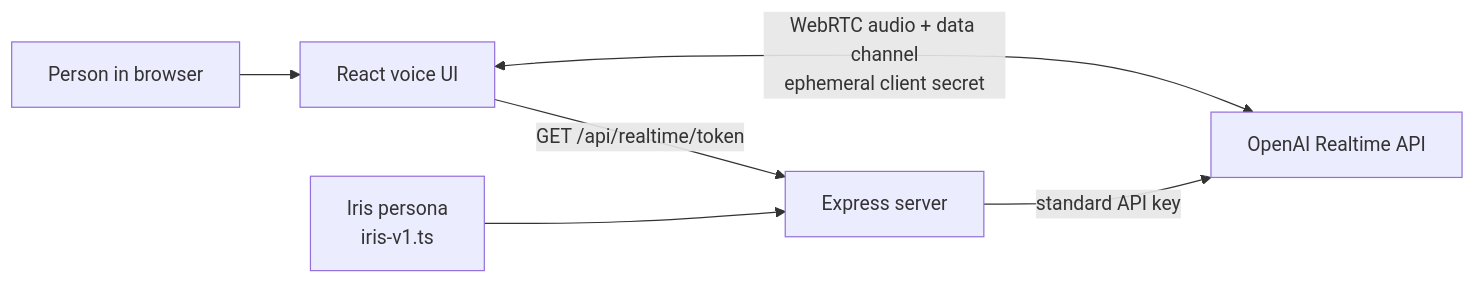
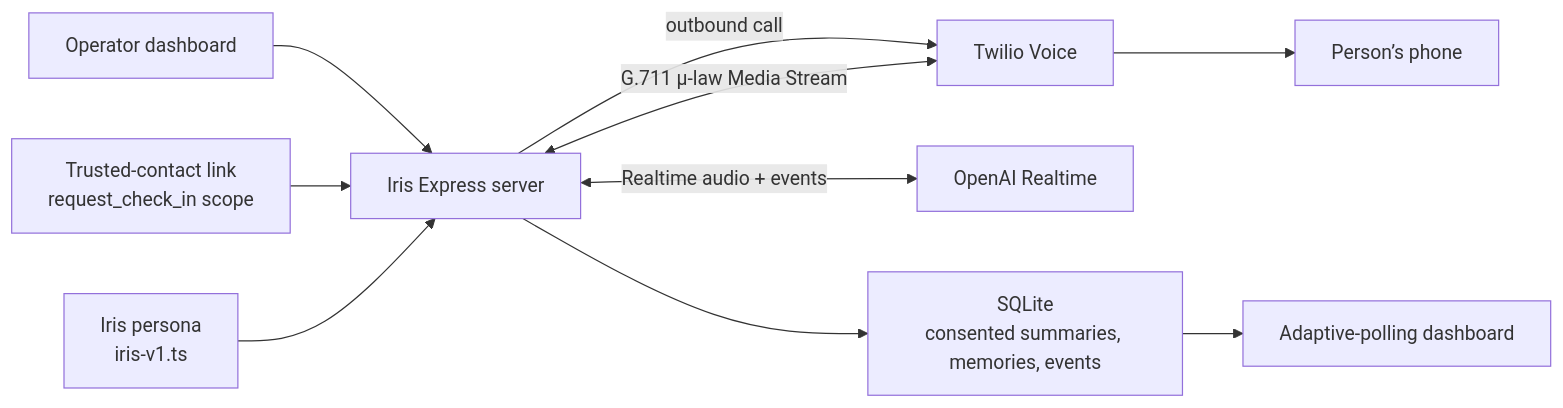
The diagram in docs/architecture.md (jaggedbytes/iris), drawn with Mermaid before and after one commit. The commit also changed other lines of this file and 12 other files, not shown here.

Commit message:
feat(dashboard): safe Bridge timeline, SMS recovery UI, and phone-first docs

````diff
--- a/docs/architecture.md
+++ b/docs/architecture.md
@@ -7,8 +7,12 @@
 ```mermaid
 flowchart LR
-  Person["Person in browser"] --> UI["React voice UI"]
-  UI -->|"GET /api/realtime/token"| Server["Express server"]
-  Server -->|"standard API key"| OpenAI["OpenAI Realtime API"]
-  UI <-->|"WebRTC audio + data channel\nephemeral client secret"| OpenAI
+  Operator["Operator dashboard"] --> Server["Iris Express server"]
+  Family["Trusted-contact link\nrequest_check_in scope"] --> Server
+  Server -->|"outbound call"| Twilio["Twilio Voice"]
+  Twilio <-->|"G.711 μ-law Media Stream"| Server
+  Server <-->|"Realtime audio + events"| OpenAI["OpenAI Realtime"]
+  Twilio --> Phone["Person’s phone"]
+  Server --> SQLite["SQLite\nconsented summaries, memories, events"]
+  SQLite --> Dashboard["Adaptive-polling dashboard"]
   Persona["Iris persona\niris-v1.ts"] --> Server
 ```
````
